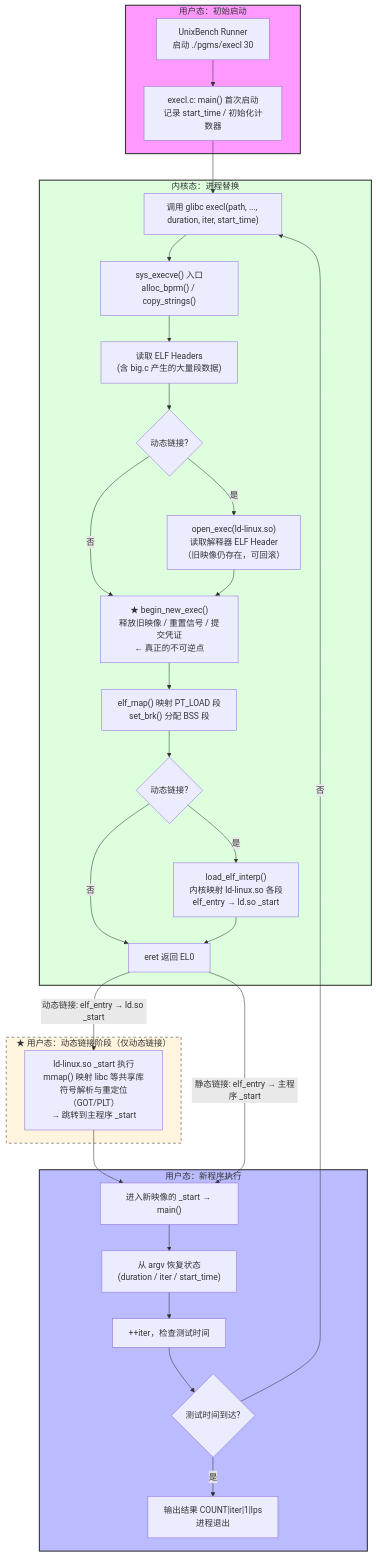
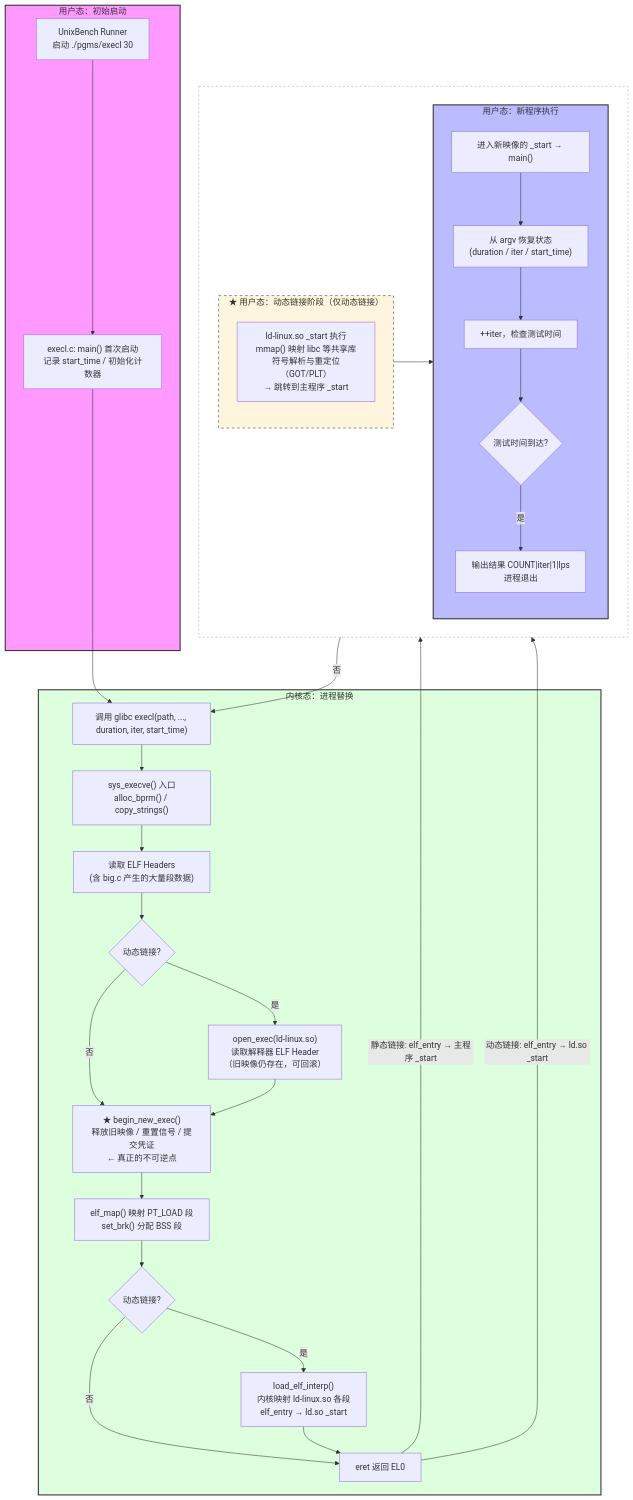
Before and after one commit to fsqHub/byte-unixbench: the second of 4 diagrams in execl_flow_correct.md, drawn with Mermaid.

Commit message:
修改execl简化流程图，使动态编译和静态编译路径各在一条方向上

````diff
--- a/execl_flow_correct.md
+++ b/execl_flow_correct.md
@@ -456,45 +456,59 @@
 ```mermaid
 flowchart TD
     subgraph User_Space_Initial [用户态：初始启动]
         A[UnixBench Runner<br/>启动 ./pgms/execl 30] --> B["execl.c: main() 首次启动<br/>记录 start_time / 初始化计数器"]
     end
 
     subgraph Kernel_Space [内核态：进程替换]
         B --> C["调用 glibc execl(path, ..., duration, iter, start_time)"]
         C --> D["sys_execve() 入口<br/>alloc_bprm() / copy_strings()"]
         D --> E["读取 ELF Headers<br/>(含 big.c 产生的大量段数据)"]
         E --> F{动态链接?}
         F -- 是 --> G["open_exec(ld-linux.so)<br/>读取解释器 ELF Header<br/>（旧映像仍存在，可回滚）"]
         F -- 否 --> H
         G --> H["★ begin_new_exec()<br/>释放旧映像 / 重置信号 / 提交凭证<br/>← 真正的不可逆点"]
         H --> I["elf_map() 映射 PT_LOAD 段<br/>set_brk() 分配 BSS 段"]
         I --> J{动态链接?}
         
 
         J -- 是 --> K["load_elf_interp()<br/>内核映射 ld-linux.so 各段<br/>elf_entry → ld.so _start"]
         J -- 否 --> L2["eret 返回 EL0"]
 
         
         K --> L2["eret 返回 EL0"]
     end
 
-    subgraph Loader_Phase ["★ 用户态：动态链接阶段（仅动态链接）"]
-        L2 -- 动态链接: elf_entry → ld.so _start --> M["ld-linux.so _start 执行<br/>mmap() 映射 libc 等共享库<br/>符号解析与重定位（GOT/PLT）<br/>→ 跳转到主程序 _start"]
+    subgraph BranchLevel [" "]
+        direction LR
+        subgraph User_Space_New [用户态：新程序执行]
+            direction TB
+            N["进入新映像的 _start → main()"]
+            O["从 argv 恢复状态<br/>(duration / iter / start_time)"]
+            P["++iter，检查测试时间"]
+            Q{测试时间到达?}
+            R["输出结果 COUNT|iter|1|lps<br/>进程退出"]
+            N --> O --> P --> Q
+            Q -- 是 --> R
+        end
+        %% L2 分叉：先定义静态→左(User_Space_New)，后定义动态→右(Loader_Phase)
+        L2 -- 静态链接: elf_entry → 主程序 _start --> N
+        subgraph Loader_Phase ["★ 用户态：动态链接阶段（仅动态链接）"]
+            direction TB
+            M["ld-linux.so _start 执行<br/>mmap() 映射 libc 等共享库<br/>符号解析与重定位（GOT/PLT）<br/>→ 跳转到主程序 _start"]
+        end
+        L2 -- 动态链接: elf_entry → ld.so _start --> M
     end
 
-    subgraph User_Space_New [用户态：新程序执行]
-        M --> N["进入新映像的 _start → main()"]
-        L2 -- 静态链接: elf_entry → 主程序 _start --> N
-        N --> O["从 argv 恢复状态<br/>(duration / iter / start_time)"]
-        O --> P["++iter，检查测试时间"]
-        P --> Q{测试时间到达?}
-        Q -- 否 --> C
-        Q -- 是 --> R["输出结果 COUNT|iter|1|lps<br/>进程退出"]
-    end
+    %% 跨 BranchLevel 内部的汇合边：动态路径 M → N
+    M --> N
+    %% 循环回边（必须在子图外定义，否则 direction LR 无法正确处理跨域边）
+    Q -- 否 --> C
+
 
     %% 样式
     style User_Space_Initial fill:#f9f,stroke:#333,stroke-width:2px
     style Kernel_Space       fill:#dfd,stroke:#333,stroke-width:2px
+    style BranchLevel        fill:none,stroke:#aaa,stroke-dasharray: 4 4
     style Loader_Phase       fill:#fff4dd,stroke:#333,stroke-dasharray: 5 5
     style User_Space_New     fill:#bbf,stroke:#333,stroke-width:2px
 ```
````
